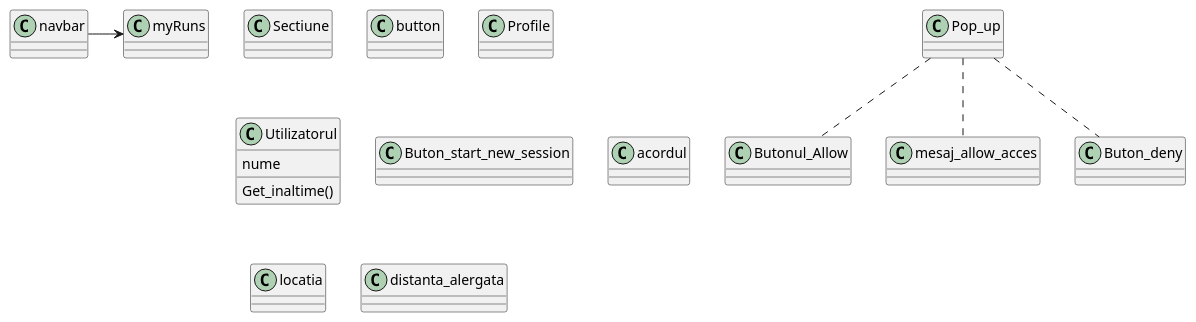
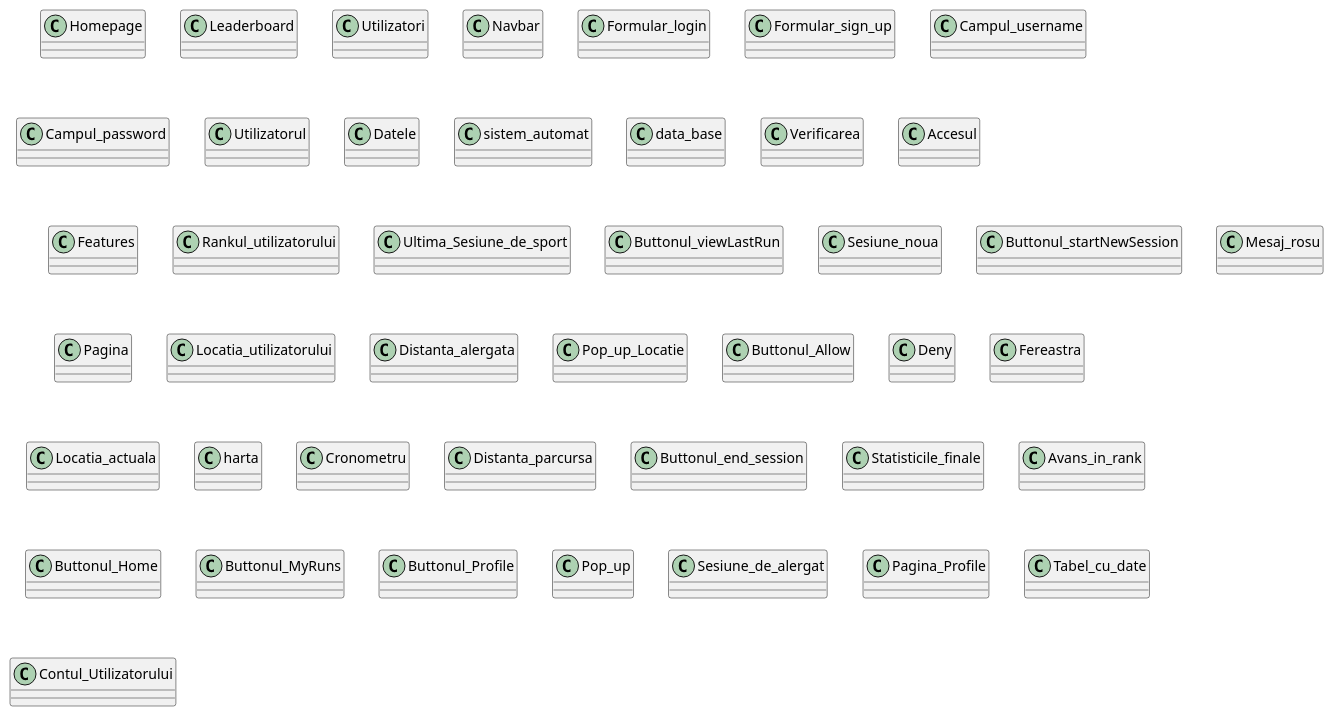
One commit to kechillosh/req changed the diagram in ok.puml. Above: the diagram before and after it, drawn with PlantUML. The commit also changed 3 other files, not shown here.

Commit message:
am adaugat req/use cases  la pagina profile_security

```diff
--- a/ok.puml
+++ b/ok.puml
@@ -1,51 +1,142 @@
 @startuml
 'https://plantuml.com/class-diagram
-class Sectiune{
-}
-class navbar{
-}
-class button{
-}
-class myRuns{
-}
-class Profile{
+
+class Homepage{
 }
 
-navbar -> myRuns
+class Leaderboard{
+}
+
+class Utilizatori{
+}
+
+class Navbar{
+}
+
+class Formular_login{
+}
+
+class Formular_sign_up{
+}
+
+class Campul_username{
+}
+
+class Campul_password{
+}
 
 class Utilizatorul{
-nume
-Get_inaltime()
 }
 
-class Butonul_Allow{
+class Datele{
+}
 
+class sistem_automat{
 }
+
+class data_base {
+}
+
+class Verificarea{
+}
+
+class Accesul{
+}
+
+class Features{
+}
+
+class Rankul_utilizatorului{
+}
+
+class Ultima_Sesiune_de_sport{
+}
+
+class Buttonul_viewLastRun{
+}
+
+class Sesiune_noua{
+}
+
+class Buttonul_startNewSession{
+}
+
+class Mesaj_rosu{
+}
+
+class Pagina {
+}
+
+class Locatia_utilizatorului {
+}
+
+class Distanta_alergata {
+}
+
+class Pop_up_Locatie {
+}
+
+class Buttonul_Allow {
+}
+
+class Deny{
+}
+
+class Fereastra {
+}
+
+class Locatia_actuala {
+}
+
+class harta {
+}
+
+class Cronometru {
+}
+
+class Distanta_parcursa {
+}
+
+class Buttonul_end_session {
+}
+
+class Statisticile_finale {
+}
+
+class Avans_in_rank {
+}
+
+class Buttonul_Home {
+}
+
+class Buttonul_MyRuns {
+}
+
+class Buttonul_Profile {
+}
+
+
+
+
 
 class Pop_up{
 }
 
-class Buton_start_new_session{
+class Sesiune_de_alergat{
 }
 
-class acordul{
+class Buttonul_Profile{
 }
 
-class locatia{
+class Pagina_Profile {
 }
 
-class distanta_alergata{
+class Tabel_cu_date {
 }
 
-class mesaj_allow_acces{
+class Contul_Utilizatorului {
 }
 
-class Buton_deny{
-}
-
-Pop_up .. Buton_deny
-Pop_up .. Butonul_Allow
-Pop_up.. mesaj_allow_acces
 
 
 @enduml
```
